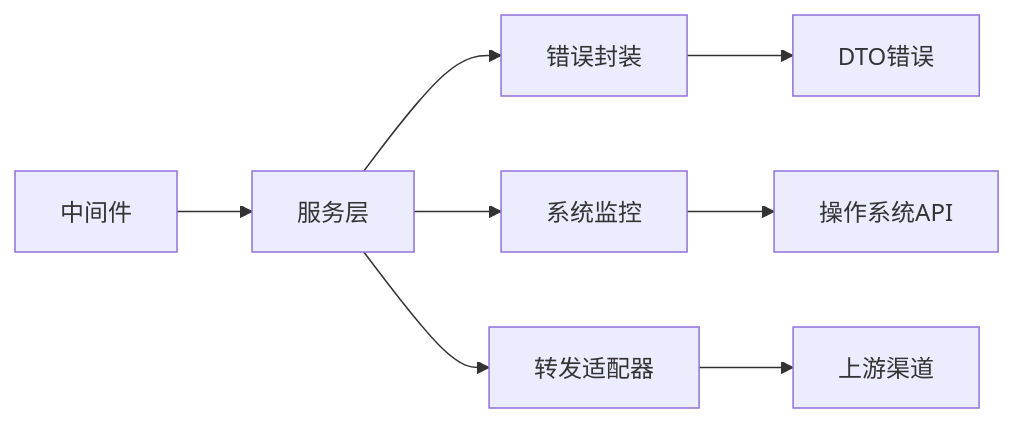
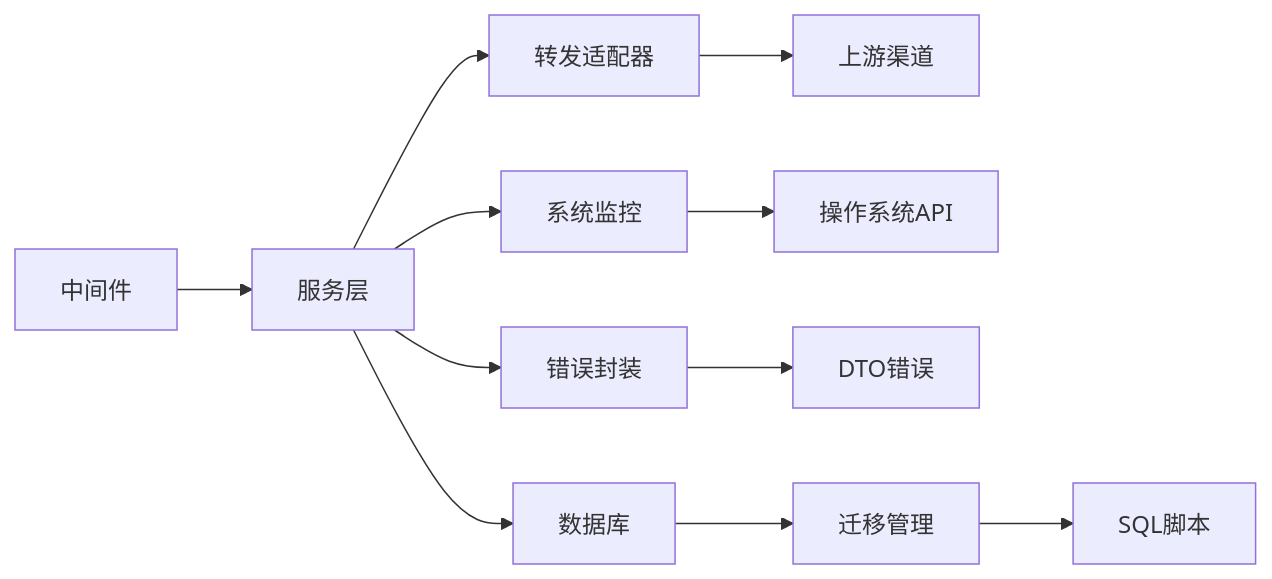
The ninth of 10 diagrams in .qoder/repowiki/zh/content/故障排除/故障排除.md (zhaodechao2008/new-api), drawn with Mermaid before and after one commit. The commit also changed other lines of this file and 274 other files, not shown here.

````diff
--- a/.qoder/repowiki/zh/content/故障排除/故障排除.md
+++ b/.qoder/repowiki/zh/content/故障排除/故障排除.md
@@ -337,10 +412,13 @@
 ```mermaid
 graph LR
 MW["中间件"] --> Svc["服务层"]
 Svc --> Err["错误封装"]
 Svc --> Mon["系统监控"]
 Svc --> Rel["转发适配器"]
 Rel --> Up["上游渠道"]
 Mon --> OS["操作系统API"]
 Err --> DTO["DTO错误"]
+Svc --> DB["数据库"]
+DB --> Migrate["迁移管理"]
+Migrate --> SQL["SQL脚本"]
 ```
````
